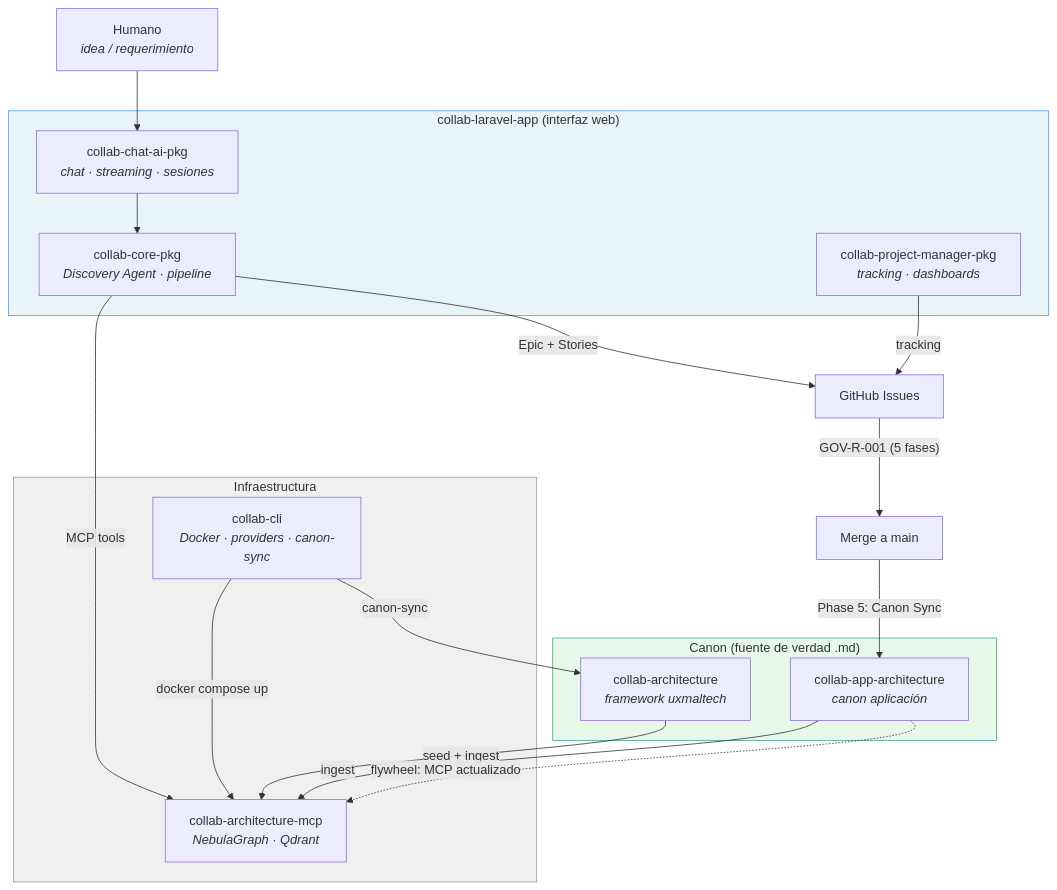
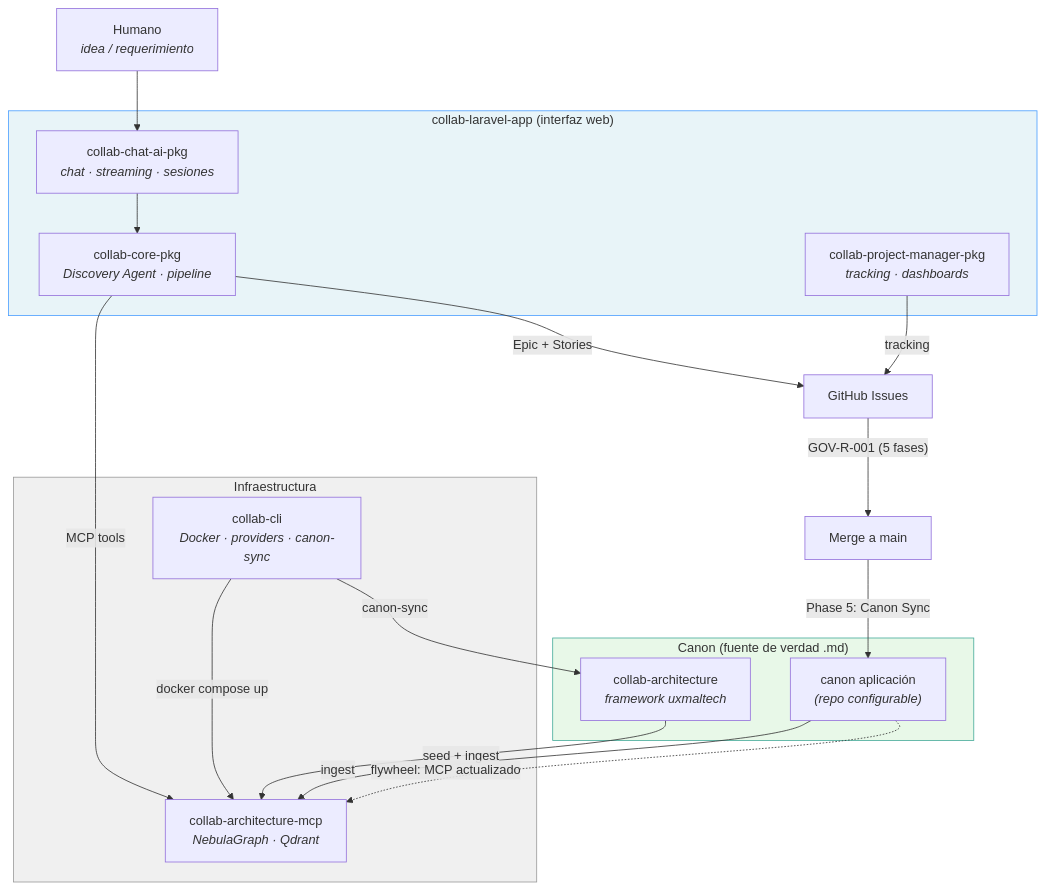
The first of 2 diagrams in knowledge/decisions/ADR-006-collab-ai-assisted-development-platform.md (uxmaltech/collab-architecture), drawn with Mermaid before and after one commit. The commit also changed other lines of this file and 1 other file, not shown here.

First line of the commit message:
docs: remove collab-app-architecture references from framework canon

````diff
--- a/knowledge/decisions/ADR-006-collab-ai-assisted-development-platform.md
+++ b/knowledge/decisions/ADR-006-collab-ai-assisted-development-platform.md
@@ -31,39 +31,39 @@
 ```mermaid
 graph TD
     HUMAN[Humano<br><i>idea / requerimiento</i>]
 
     subgraph APP["collab-laravel-app (interfaz web)"]
         CHAT[collab-chat-ai-pkg<br><i>chat · streaming · sesiones</i>]
         CORE[collab-core-pkg<br><i>Discovery Agent · pipeline</i>]
         PM[collab-project-manager-pkg<br><i>tracking · dashboards</i>]
     end
 
     subgraph INFRA["Infraestructura"]
         CLI[collab-cli<br><i>Docker · providers · canon-sync</i>]
         MCP[collab-architecture-mcp<br><i>NebulaGraph · Qdrant</i>]
     end
 
     subgraph CANON["Canon (fuente de verdad .md)"]
         CA[collab-architecture<br><i>framework uxmaltech</i>]
-        BCA[collab-app-architecture<br><i>canon aplicación</i>]
+        BCA["canon aplicación<br><i>(repo configurable)</i>"]
     end
 
     HUMAN --> CHAT
     CHAT --> CORE
     CORE -- MCP tools --> MCP
     CORE -- "Epic + Stories" --> GH[GitHub Issues]
     PM -- tracking --> GH
 
     CLI -- docker compose up --> MCP
     CLI -- canon-sync --> CA
     CA -- seed + ingest --> MCP
     BCA -- ingest --> MCP
 
     GH -- "GOV-R-001 (5 fases)" --> MERGE[Merge a main]
     MERGE -- "Phase 5: Canon Sync" --> BCA
     BCA -. "flywheel: MCP actualizado" .-> MCP
 
     style APP fill:#e8f4f8,stroke:#4a9eff
     style INFRA fill:#f0f0f0,stroke:#999
     style CANON fill:#e8f8e8,stroke:#4a9
 ```
````
